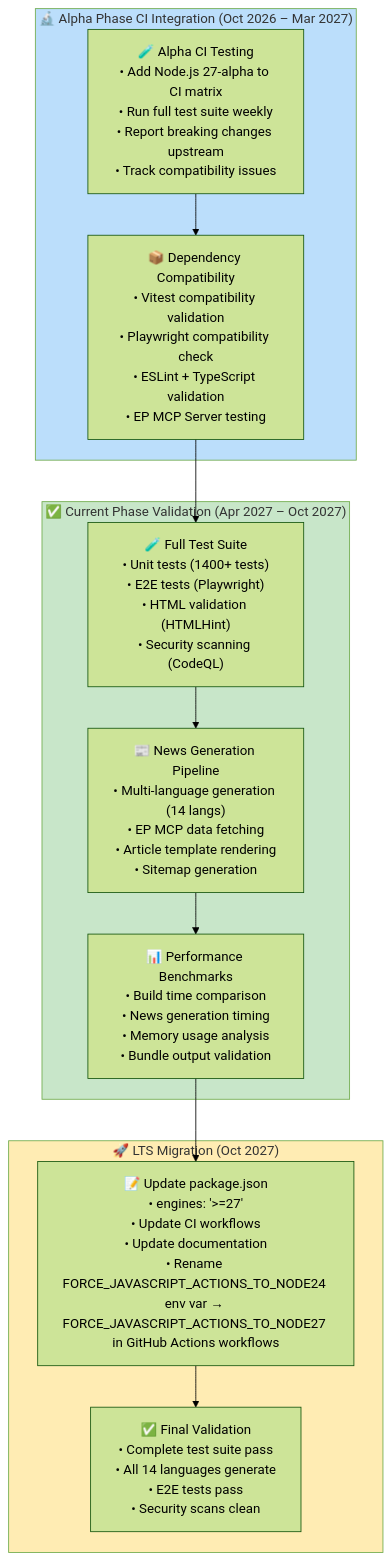
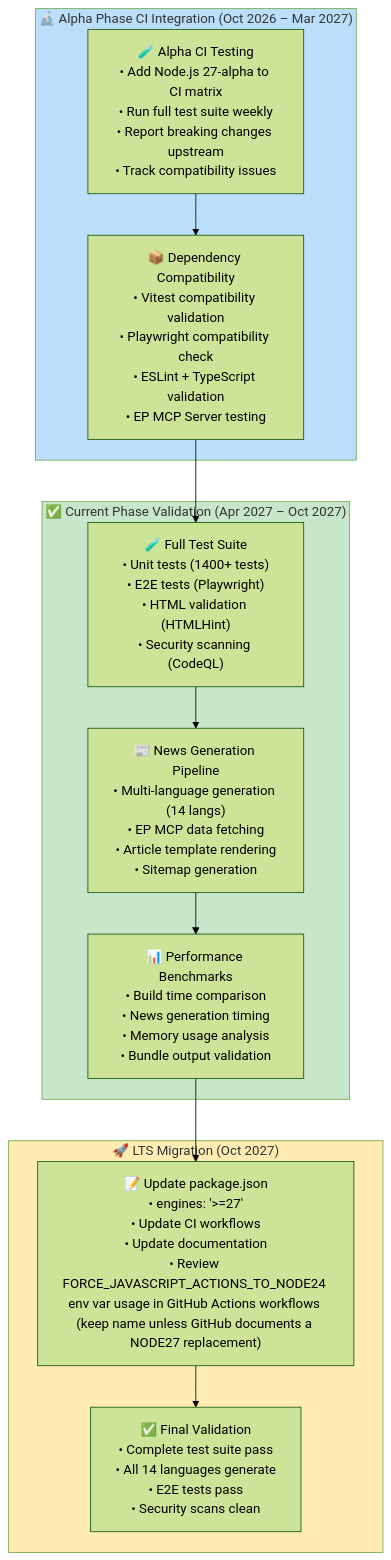
The third of 6 diagrams in End-of-Life-Strategy.md (Hack23/euparliamentmonitor), drawn with Mermaid (forest theme) before and after one commit. The commit also changed other lines of this file and 2 other files, not shown here.

Commit message:
Apply review feedback round 10: fix recovery checklist, align Node.js 24 EOL dates, keep env var name, improve runbook

````diff
--- a/End-of-Life-Strategy.md
+++ b/End-of-Life-Strategy.md
@@ -256,29 +256,29 @@
 ```mermaid
 flowchart TB
     subgraph ALPHA["🔬 Alpha Phase CI Integration (Oct 2026 – Mar 2027)"]
         ALPHA_CI["🧪 Alpha CI Testing<br/>• Add Node.js 27-alpha to CI matrix<br/>• Run full test suite weekly<br/>• Report breaking changes upstream<br/>• Track compatibility issues"]
         DEP_COMPAT["📦 Dependency Compatibility<br/>• Vitest compatibility validation<br/>• Playwright compatibility check<br/>• ESLint + TypeScript validation<br/>• EP MCP Server testing"]
     end
 
     subgraph CURRENT["✅ Current Phase Validation (Apr 2027 – Oct 2027)"]
         FULL_TEST["🧪 Full Test Suite<br/>• Unit tests (1400+ tests)<br/>• E2E tests (Playwright)<br/>• HTML validation (HTMLHint)<br/>• Security scanning (CodeQL)"]
         NEWS_GEN["📰 News Generation Pipeline<br/>• Multi-language generation (14 langs)<br/>• EP MCP data fetching<br/>• Article template rendering<br/>• Sitemap generation"]
         PERF_BENCH["📊 Performance Benchmarks<br/>• Build time comparison<br/>• News generation timing<br/>• Memory usage analysis<br/>• Bundle output validation"]
     end
 
     subgraph MIGRATION["🚀 LTS Migration (Oct 2027)"]
-        UPDATE_ENGINES["📝 Update package.json<br/>• engines: '>=27'<br/>• Update CI workflows<br/>• Update documentation<br/>• Rename FORCE_JAVASCRIPT_ACTIONS_TO_NODE24 env var → FORCE_JAVASCRIPT_ACTIONS_TO_NODE27 in GitHub Actions workflows"]
+        UPDATE_ENGINES["📝 Update package.json<br/>• engines: '>=27'<br/>• Update CI workflows<br/>• Update documentation<br/>• Review FORCE_JAVASCRIPT_ACTIONS_TO_NODE24 env var usage in GitHub Actions workflows (keep name unless GitHub documents a NODE27 replacement)"]
         FINAL_VALIDATION["✅ Final Validation<br/>• Complete test suite pass<br/>• All 14 languages generate<br/>• E2E tests pass<br/>• Security scans clean"]
     end
 
     ALPHA_CI --> DEP_COMPAT
     DEP_COMPAT --> FULL_TEST
     FULL_TEST --> NEWS_GEN
     NEWS_GEN --> PERF_BENCH
     PERF_BENCH --> UPDATE_ENGINES
     UPDATE_ENGINES --> FINAL_VALIDATION
 
     style ALPHA fill:#bbdefb
     style CURRENT fill:#c8e6c9
     style MIGRATION fill:#ffecb3
 ```
````
